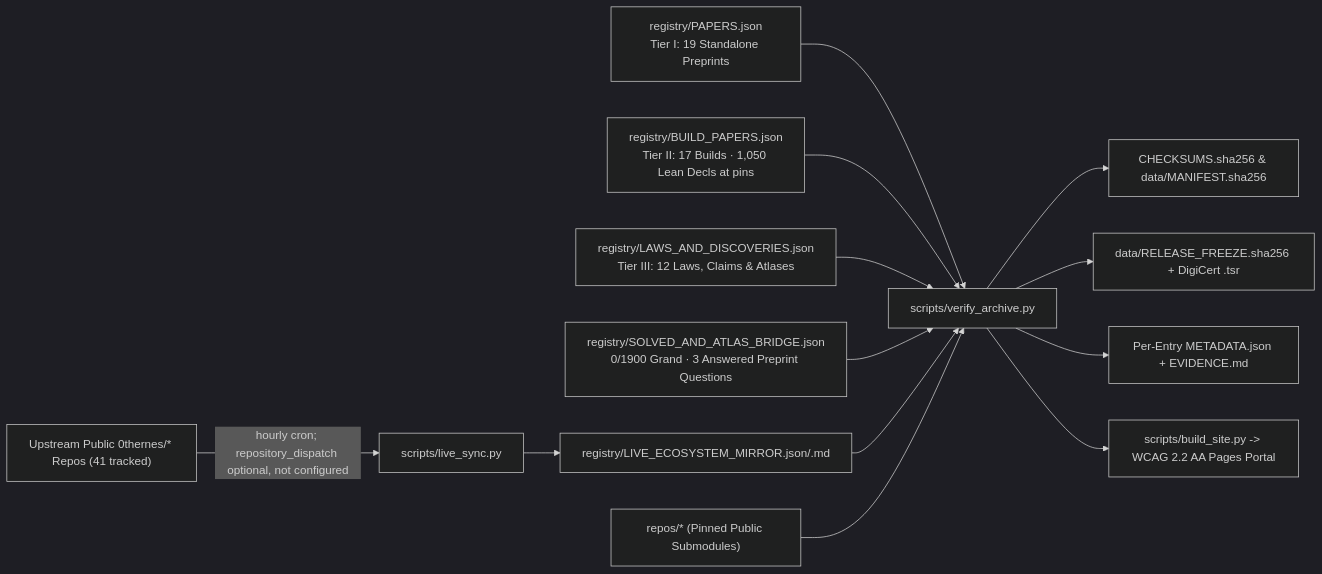
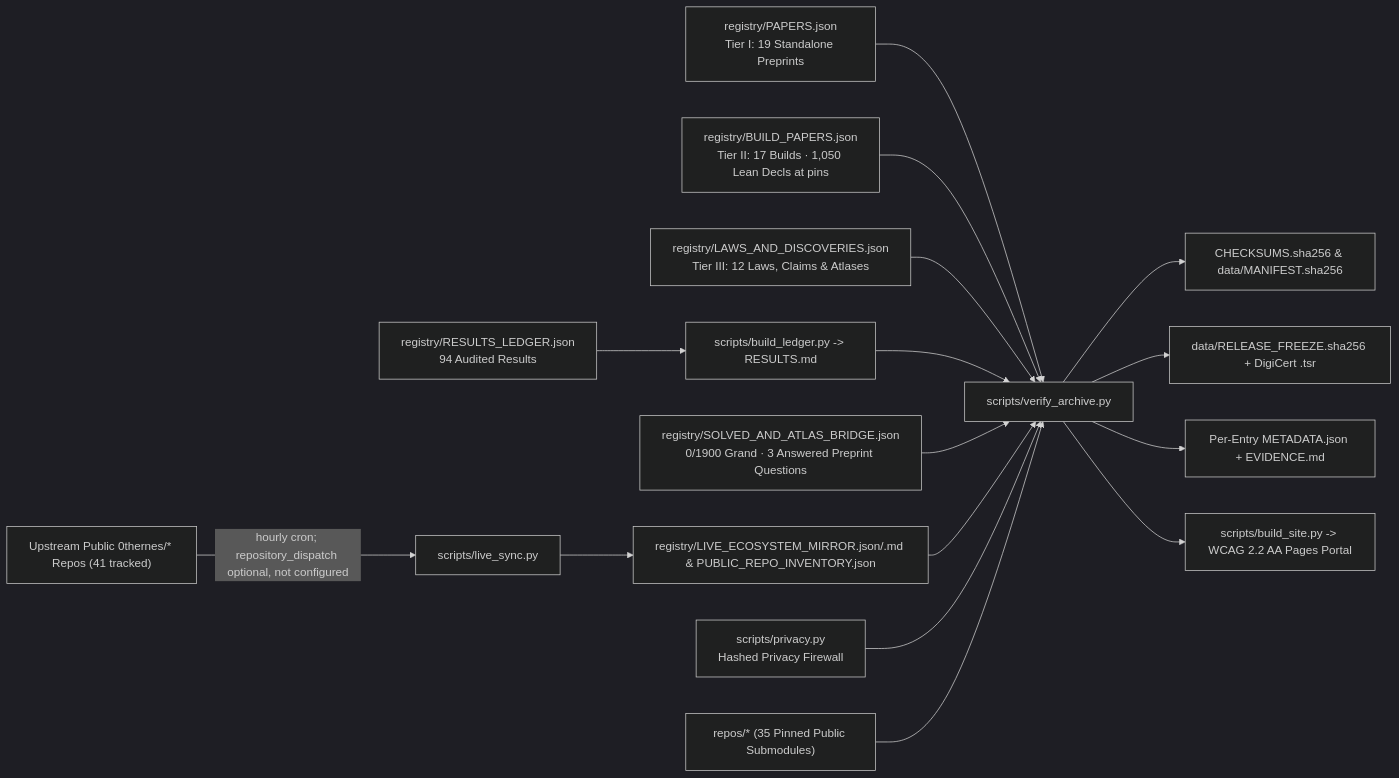
Before and after one commit to 0thernes/0thernes-research-archive: the diagram in docs/architecture.md, drawn with Mermaid (dark theme). The commit also changed other lines of this file and 18 other files, not shown here.

Commit message:
chore(hardening): Round 3 3-cycle audit — fix mypy error, expand prose-count guards, sync docs & live green mirror

````diff
--- a/docs/architecture.md
+++ b/docs/architecture.md
@@ -5,15 +5,18 @@
 ```mermaid
 flowchart LR
     UP["Upstream Public 0thernes/* Repos (41 tracked)"] -->|hourly cron; repository_dispatch optional, not configured| LS["scripts/live_sync.py"]
     R1["registry/PAPERS.json<br/>Tier I: 19 Standalone Preprints"] --> V["scripts/verify_archive.py"]
     R2["registry/BUILD_PAPERS.json<br/>Tier II: 17 Builds · 1,050 Lean Decls at pins"] --> V
     R3["registry/LAWS_AND_DISCOVERIES.json<br/>Tier III: 12 Laws, Claims & Atlases"] --> V
+    RL["registry/RESULTS_LEDGER.json<br/>94 Audited Results"] --> BL["scripts/build_ledger.py -> RESULTS.md"]
+    BL --> V
     BR["registry/SOLVED_AND_ATLAS_BRIDGE.json<br/>0/1900 Grand · 3 Answered Preprint Questions"] --> V
-    LS --> LM["registry/LIVE_ECOSYSTEM_MIRROR.json/.md"]
+    LS --> LM["registry/LIVE_ECOSYSTEM_MIRROR.json/.md & PUBLIC_REPO_INVENTORY.json"]
     LM --> V
-    S["repos/* (Pinned Public Submodules)"] --> V
+    PR["scripts/privacy.py<br/>Hashed Privacy Firewall"] --> V
+    S["repos/* (35 Pinned Public Submodules)"] --> V
     V --> C["CHECKSUMS.sha256 & data/MANIFEST.sha256"]
     V --> FZ["data/RELEASE_FREEZE.sha256 + DigiCert .tsr"]
     V --> D["Per-Entry METADATA.json + EVIDENCE.md"]
     V --> P["scripts/build_site.py -> WCAG 2.2 AA Pages Portal"]
 ```
````
